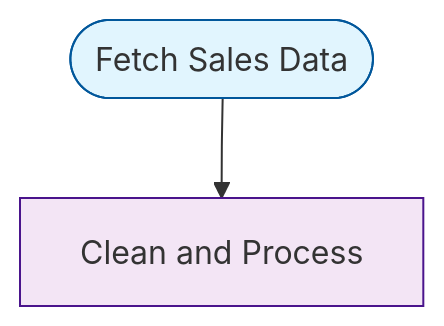
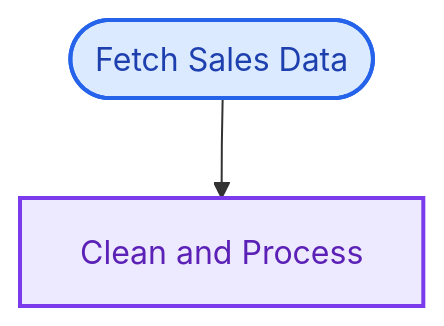
The first of 7 diagrams in README.md (pjt222/putior), drawn with Mermaid before and after one commit. The commit also changed other lines of this file and 1 other file, not shown here.

`````diff
--- a/README.md
+++ b/README.md
@@ -87,12 +87,12 @@
-````mermaid
+```mermaid
 flowchart TD
     fetch_api([Fetch Sales Data])
     clean_data[Clean and Process]
     
     fetch_api --> clean_data
     
-    classDef inputStyle fill:#e1f5fe,stroke:#01579b
-    classDef processStyle fill:#f3e5f5,stroke:#4a148c
+    classDef inputStyle fill:#dbeafe,stroke:#2563eb,stroke-width:2px,color:#1e40af
+    classDef processStyle fill:#ede9fe,stroke:#7c3aed,stroke-width:2px,color:#5b21b6
     class fetch_api inputStyle
     class clean_data processStyle
-````
+```
`````
